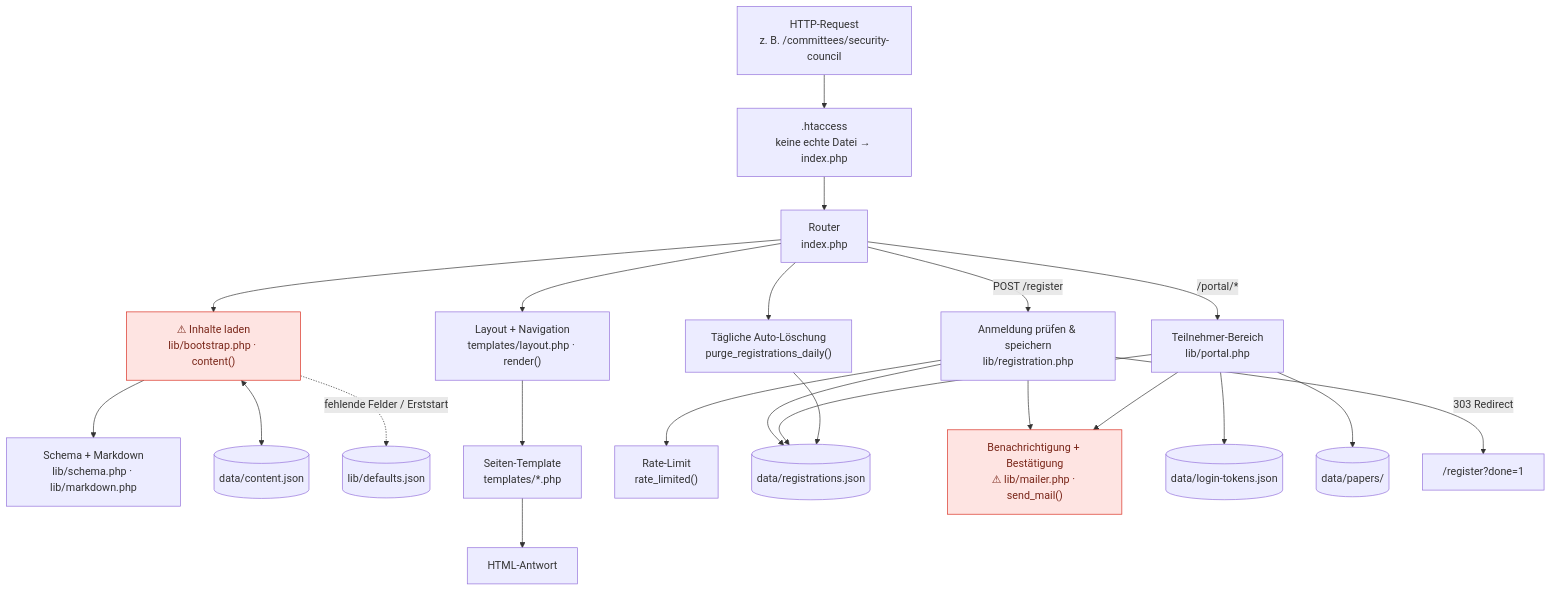
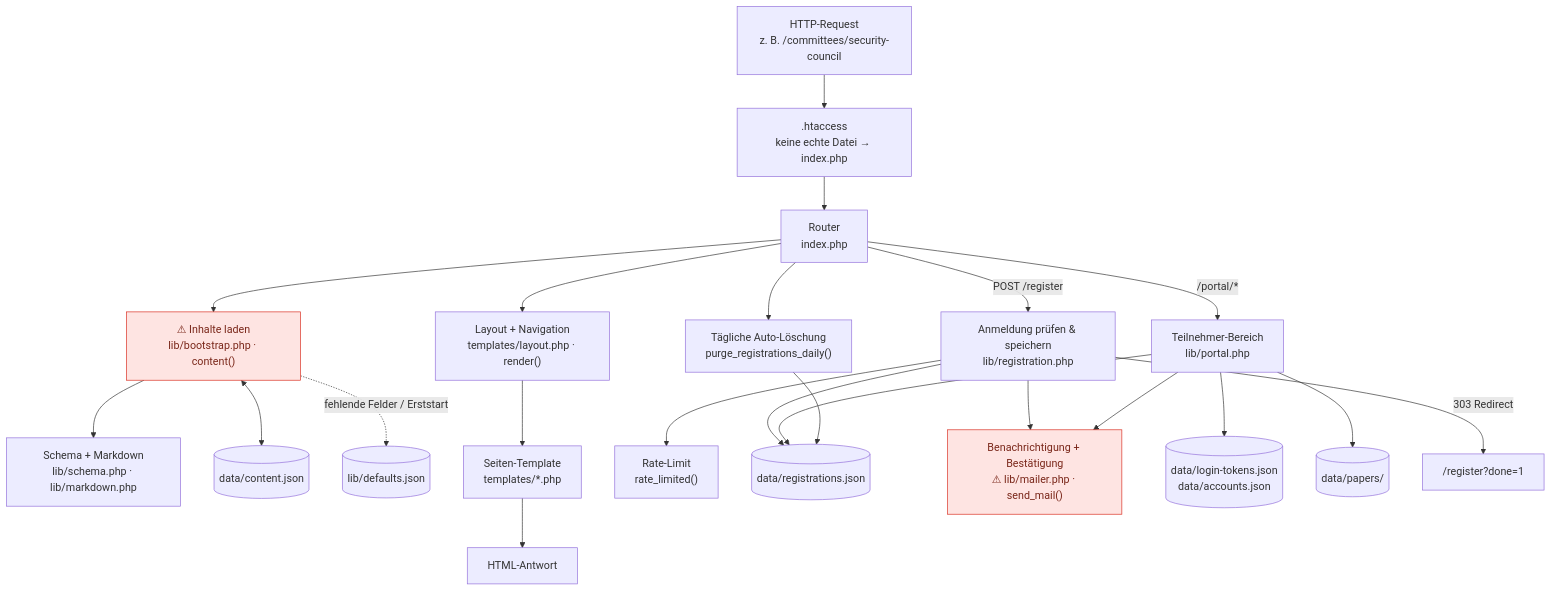
The second of 4 diagrams in ARCHITECTURE.md (Lolliger/ovm), drawn with Mermaid before and after one commit. The commit also changed other lines of this file and 12 other files, not shown here.

````diff
--- a/ARCHITECTURE.md
+++ b/ARCHITECTURE.md
@@ -81,28 +81,28 @@
 ```mermaid
 flowchart TD
     REQ["HTTP-Request<br/>z. B. /committees/security-council"] --> HT[".htaccess<br/>keine echte Datei → index.php"]
     HT --> ROUTER["Router<br/>index.php"]
     ROUTER --> PURGE["Tägliche Auto-Löschung<br/>purge_registrations_daily()"]
     ROUTER --> BOOT["⚠ Inhalte laden<br/>lib/bootstrap.php · content()"]
     BOOT --> SCHEMA["Schema + Markdown<br/>lib/schema.php · lib/markdown.php"]
     BOOT <--> CONTENT[("data/content.json")]
     BOOT -. "fehlende Felder / Erststart" .-> DEF[("lib/defaults.json")]
     ROUTER --> LAYOUT["Layout + Navigation<br/>templates/layout.php · render()"]
     LAYOUT --> TPL["Seiten-Template<br/>templates/*.php"]
     TPL --> HTML["HTML-Antwort"]
 
     ROUTER -->|"POST /register"| REG["Anmeldung prüfen & speichern<br/>lib/registration.php"]
     REG --> RL["Rate-Limit<br/>rate_limited()"]
     REG --> REGS[("data/registrations.json")]
     REG --> MAIL["Benachrichtigung + Bestätigung<br/>⚠ lib/mailer.php · send_mail()"]
     ROUTER -->|"/portal/*"| PORTAL["Teilnehmer-Bereich<br/>lib/portal.php"]
-    PORTAL --> TOK[("data/login-tokens.json")]
+    PORTAL --> TOK[("data/login-tokens.json<br/>data/accounts.json")]
     PORTAL --> REGS
     PORTAL --> PAPERS[("data/papers/")]
     PORTAL --> MAIL
     REG -->|"303 Redirect"| DONE["/register?done=1"]
     PURGE --> REGS
 
     classDef risk fill:#fee4e2,stroke:#d92d20,color:#7a271a
     class BOOT,MAIL risk
 ```
````
